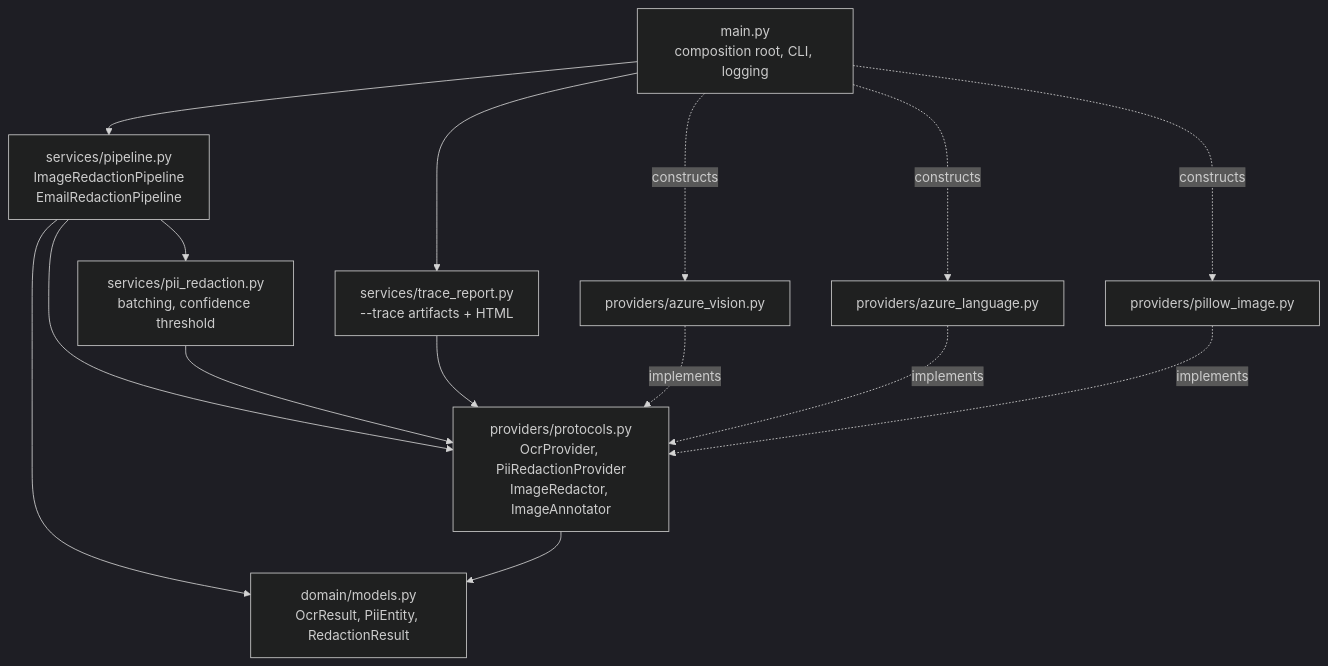
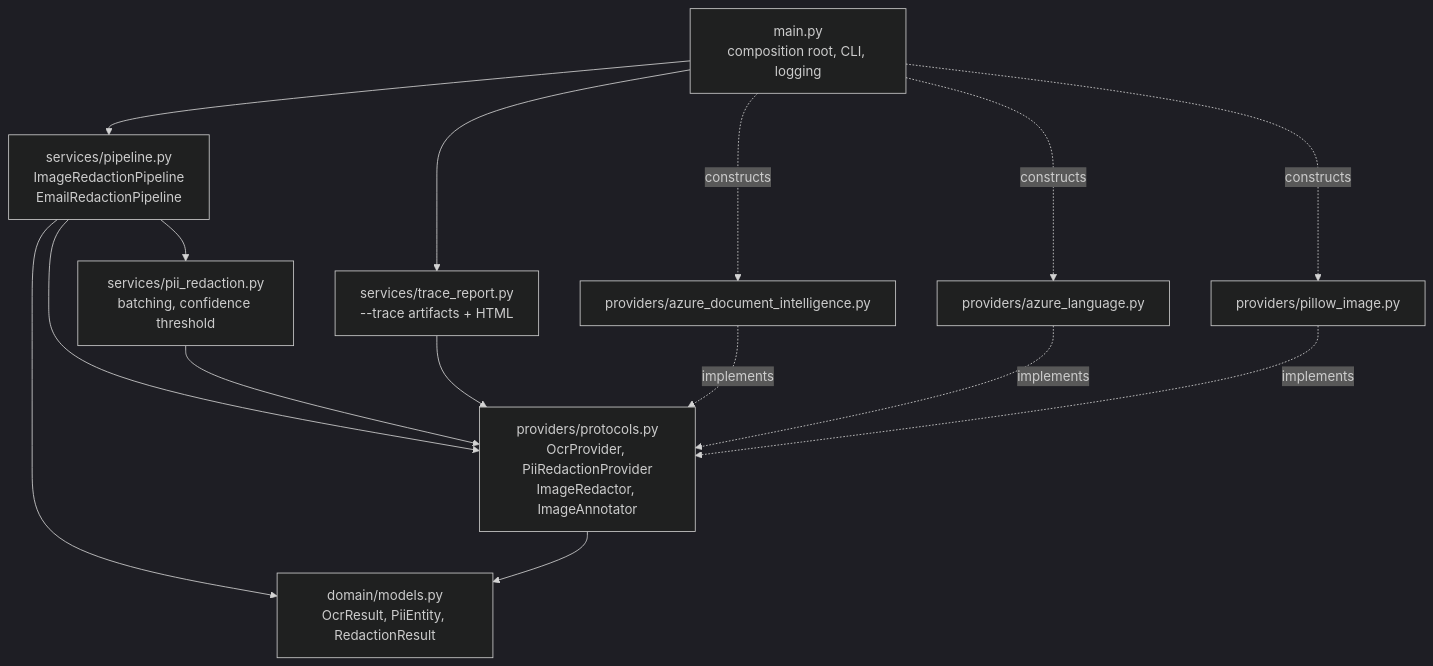
One commit to vinodpatil-ms/pii-redaction-demo changed the third of 3 diagrams in docs/architecture.md. Above: the diagram before and after it, drawn with Mermaid (dark theme). The commit also changed other lines of this file and 16 other files, not shown here.

First line of the commit message:
Migrate OCR to Document Intelligence and retain Vision reference

````diff
--- a/docs/architecture.md
+++ b/docs/architecture.md
@@ -81,27 +104,27 @@
 ```mermaid
 flowchart TD
     MAIN["main.py<br/>composition root, CLI, logging"]
     PIPE["services/pipeline.py<br/>ImageRedactionPipeline<br/>EmailRedactionPipeline"]
     PII["services/pii_redaction.py<br/>batching, confidence threshold"]
     TRACE["services/trace_report.py<br/>--trace artifacts + HTML"]
     PROTO["providers/protocols.py<br/>OcrProvider, PiiRedactionProvider<br/>ImageRedactor, ImageAnnotator"]
-    AV["providers/azure_vision.py"]
+    AD["providers/azure_document_intelligence.py"]
     AL["providers/azure_language.py"]
     PIL["providers/pillow_image.py"]
     DOM["domain/models.py<br/>OcrResult, PiiEntity, RedactionResult"]
 
     MAIN --> PIPE
     MAIN --> TRACE
-    MAIN -.->|constructs| AV
+    MAIN -.->|constructs| AD
     MAIN -.->|constructs| AL
     MAIN -.->|constructs| PIL
     PIPE --> PII
     PIPE --> PROTO
     PII --> PROTO
     TRACE --> PROTO
-    AV -.->|implements| PROTO
+    AD -.->|implements| PROTO
     AL -.->|implements| PROTO
     PIL -.->|implements| PROTO
     PIPE --> DOM
     PROTO --> DOM
 ```
````
